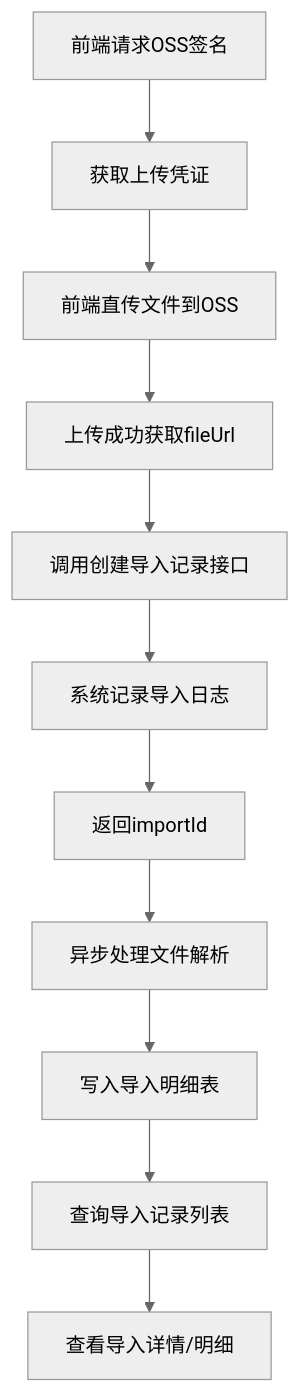
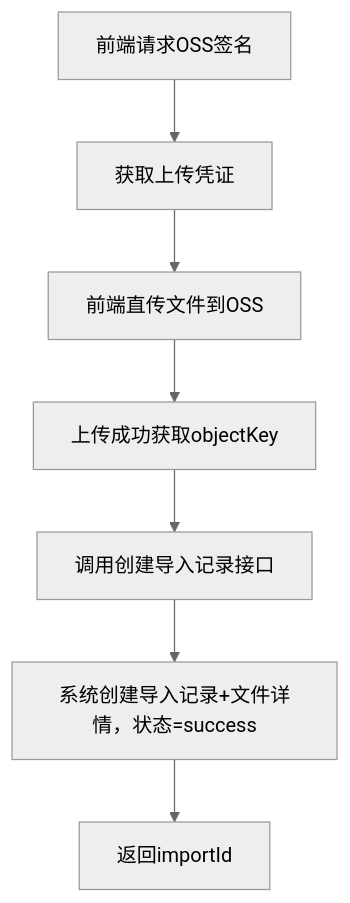
One commit to DavidLoman100/ruoyi-ui changed the first of 3 diagrams in doc/api/dv-file/文件导入-业务流程.md. Above: the diagram before and after it, drawn with Mermaid (neutral theme). The commit also changed other lines of this file and 4 other files, not shown here.

````diff
--- a/doc/api/dv-file/文件导入-业务流程.md
+++ b/doc/api/dv-file/文件导入-业务流程.md
@@ -12,13 +12,9 @@
 ```mermaid
 graph TB
     A[前端请求OSS签名] --> B[获取上传凭证]
     B --> C[前端直传文件到OSS]
-    C --> D[上传成功获取fileUrl]
+    C --> D[上传成功获取objectKey]
     D --> E[调用创建导入记录接口]
-    E --> F[系统记录导入日志]
+    E --> F[系统创建导入记录+文件详情，状态=success]
     F --> G[返回importId]
-    G --> H[异步处理文件解析]
-    H --> I[写入导入明细表]
-    I --> J[查询导入记录列表]
-    J --> K[查看导入详情/明细]
 ```
````
